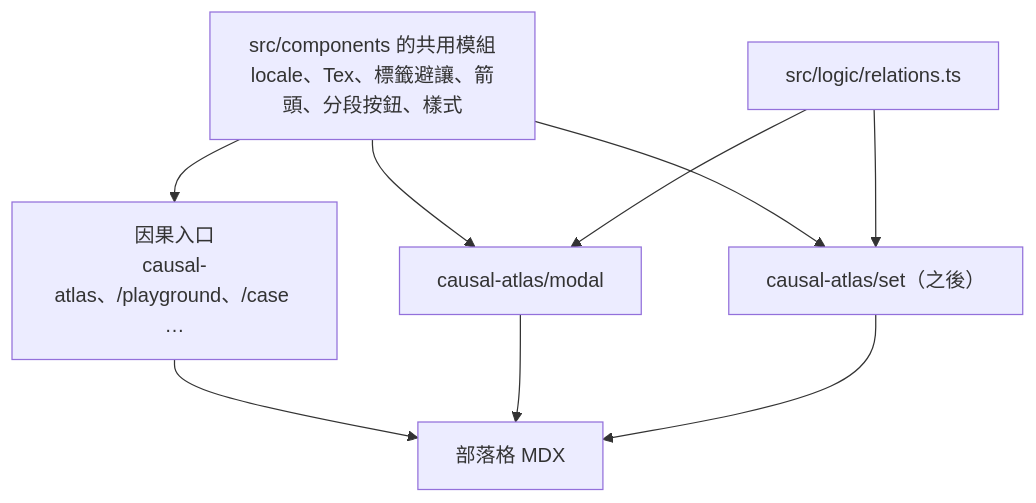
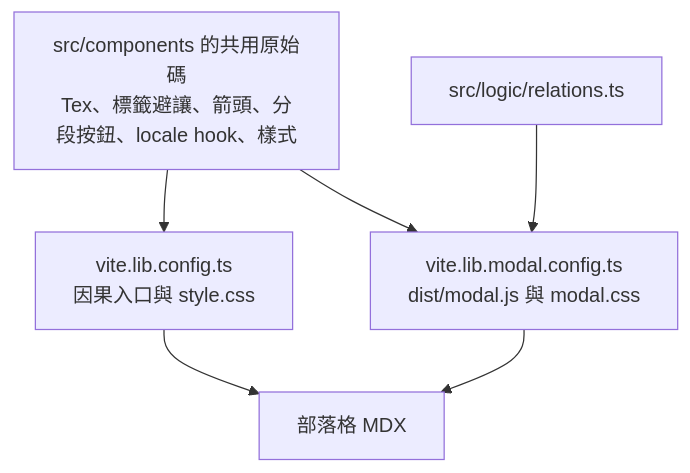
One commit to wayne930242/causal-atlas changed the diagram in docs/modal-set-design.md. Above: the diagram before and after it, drawn with Mermaid. The commit also changed other lines of this file and 5 other files, not shown here.

First line of the commit message:
0.25.0 (unreleased): changelog, docs and version for causal-atlas/modal

````diff
--- a/docs/modal-set-design.md
+++ b/docs/modal-set-design.md
@@ -62,17 +62,13 @@
 ```mermaid
 flowchart TD
-  shared["src/components 的共用模組<br/>locale、Tex、標籤避讓、箭頭、分段按鈕、樣式"]
-  causal["因果入口<br/>causal-atlas、/playground、/case …"]
-  modal["causal-atlas/modal"]
-  set["causal-atlas/set（之後）"]
+  shared["src/components 的共用原始碼<br/>Tex、標籤避讓、箭頭、分段按鈕、locale hook、樣式"]
   logic["src/logic/relations.ts"]
+  causalBuild["vite.lib.config.ts<br/>因果入口與 style.css"]
+  modalBuild["vite.lib.modal.config.ts<br/>dist/modal.js 與 modal.css"]
   blog["部落格 MDX"]
-  shared --> causal
-  shared --> modal
-  shared --> set
-  logic --> modal
-  logic --> set
-  causal --> blog
-  modal --> blog
-  set --> blog
+  shared --> causalBuild
+  shared --> modalBuild
+  logic --> modalBuild
+  causalBuild --> blog
+  modalBuild --> blog
 ```
````
